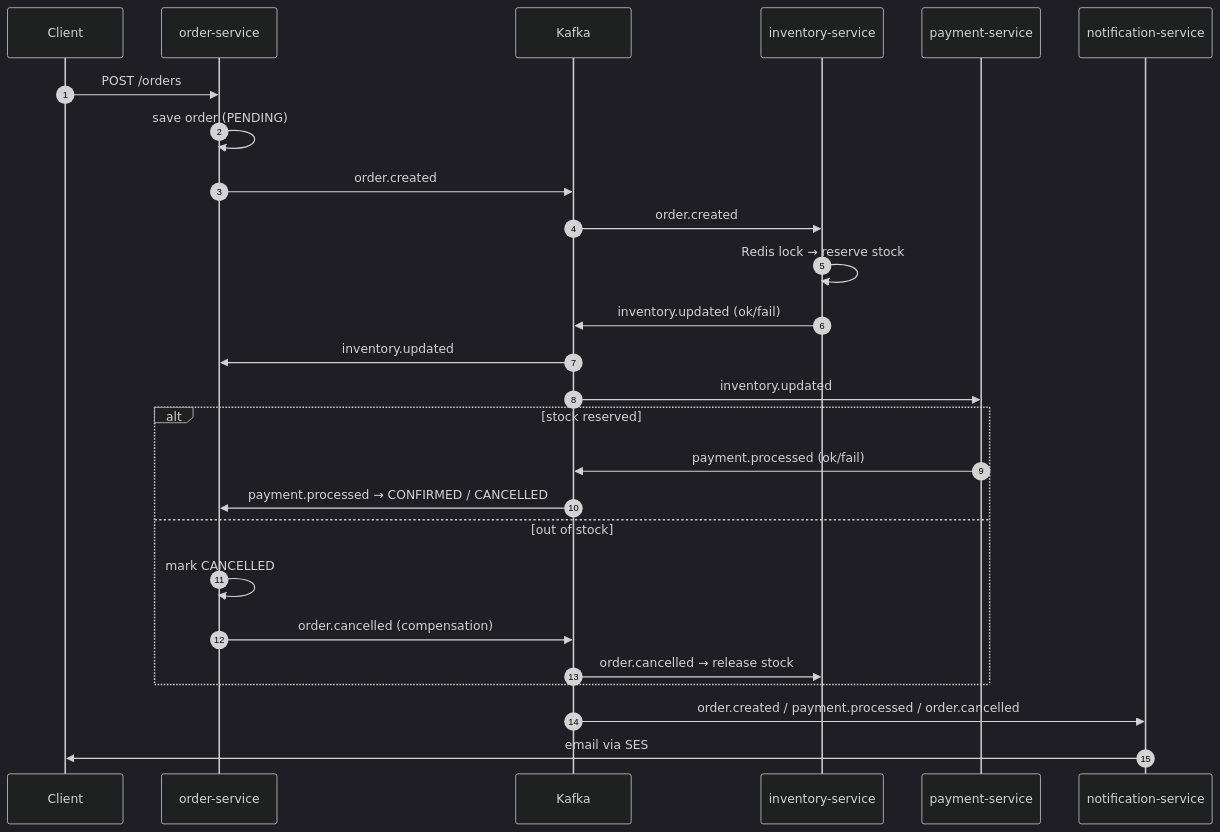
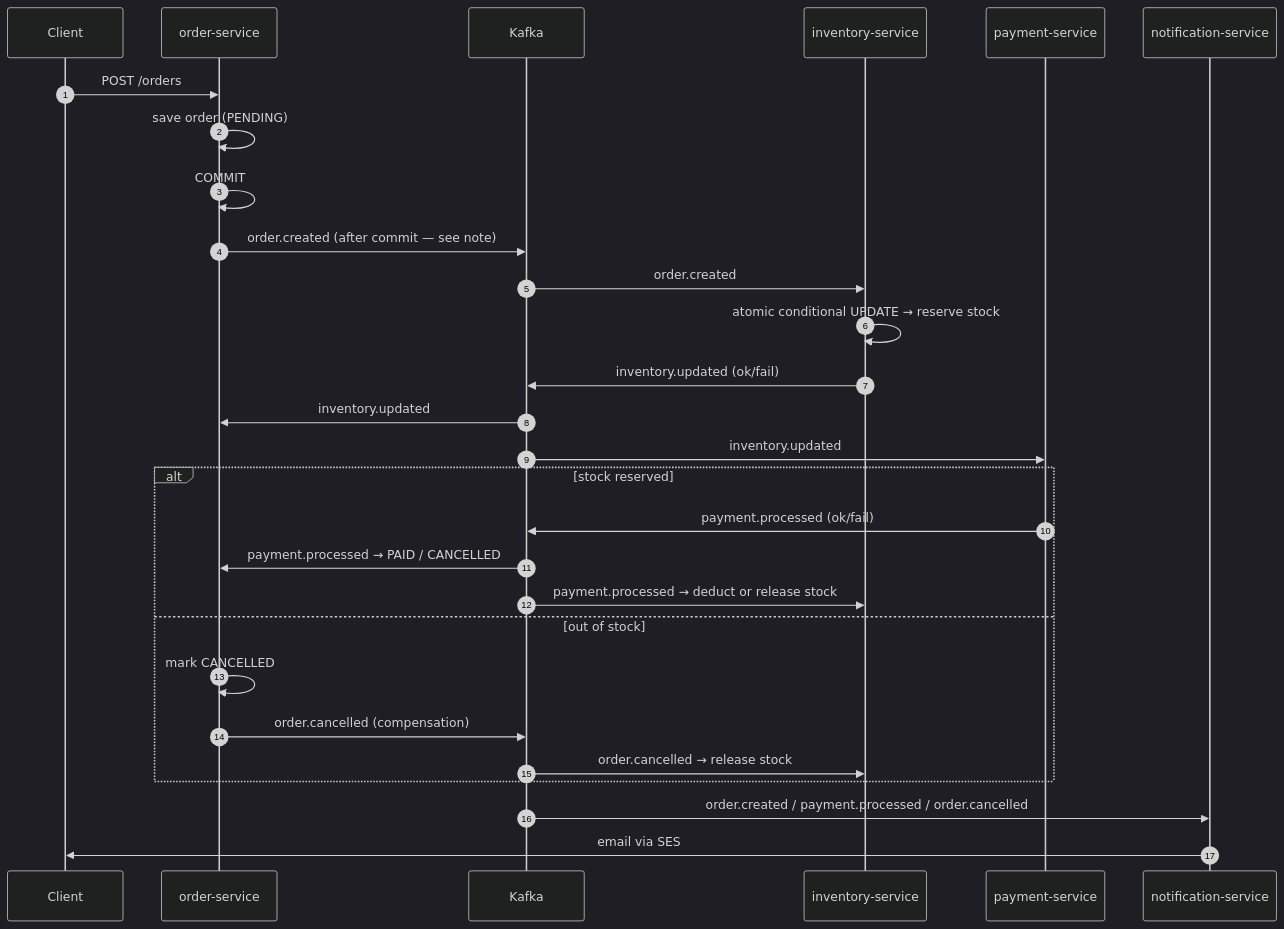
The second of 5 diagrams in docs/ARCHITECTURE.md (SumedhDhamdhere/ci-cd-eks-test), drawn with Mermaid (dark theme) before and after one commit. The commit also changed other lines of this file and 15 other files, not shown here.

````diff
--- a/docs/ARCHITECTURE.md
+++ b/docs/ARCHITECTURE.md
@@ -48,29 +49,31 @@
 ```mermaid
 sequenceDiagram
     autonumber
     participant C as Client
     participant O as order-service
     participant K as Kafka
     participant I as inventory-service
     participant P as payment-service
     participant N as notification-service
 
     C->>O: POST /orders
     O->>O: save order (PENDING)
-    O->>K: order.created
+    O->>O: COMMIT
+    O->>K: order.created (after commit — see note)
     K->>I: order.created
-    I->>I: Redis lock → reserve stock
+    I->>I: atomic conditional UPDATE → reserve stock
     I->>K: inventory.updated (ok/fail)
     K->>O: inventory.updated
     K->>P: inventory.updated
     alt stock reserved
         P->>K: payment.processed (ok/fail)
-        K->>O: payment.processed → CONFIRMED / CANCELLED
+        K->>O: payment.processed → PAID / CANCELLED
+        K->>I: payment.processed → deduct or release stock
     else out of stock
         O->>O: mark CANCELLED
         O->>K: order.cancelled (compensation)
         K->>I: order.cancelled → release stock
     end
     K->>N: order.created / payment.processed / order.cancelled
     N->>C: email via SES
 ```
````
